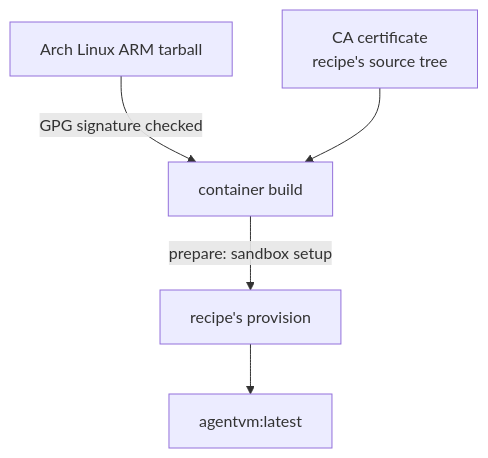
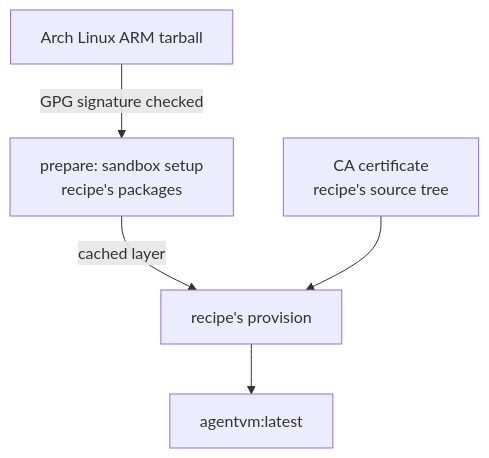
One commit to frmarkus/dotfiles-xkef changed the third of 3 diagrams in modules/agentvm/README.md. Above: the diagram before and after it, drawn with Mermaid. The commit also changed other lines of this file and 16 other files, not shown here.

````diff
--- a/modules/agentvm/README.md
+++ b/modules/agentvm/README.md
@@ -111,7 +131,7 @@
 ```mermaid
 flowchart TD
-  rootfs[Arch Linux ARM tarball] -- GPG signature checked --> build
-  context[CA certificate<br/>recipe's source tree] --> build
-  build[container build] -- prepare: sandbox setup --> recipe[recipe's provision]
-  recipe --> image[agentvm:latest]
+  rootfs[Arch Linux ARM tarball] -- GPG signature checked --> base
+  base[prepare: sandbox setup<br/>recipe's packages] -- cached layer --> provision
+  context[CA certificate<br/>recipe's source tree] --> provision
+  provision[recipe's provision] --> image[agentvm:latest]
 ```
````
